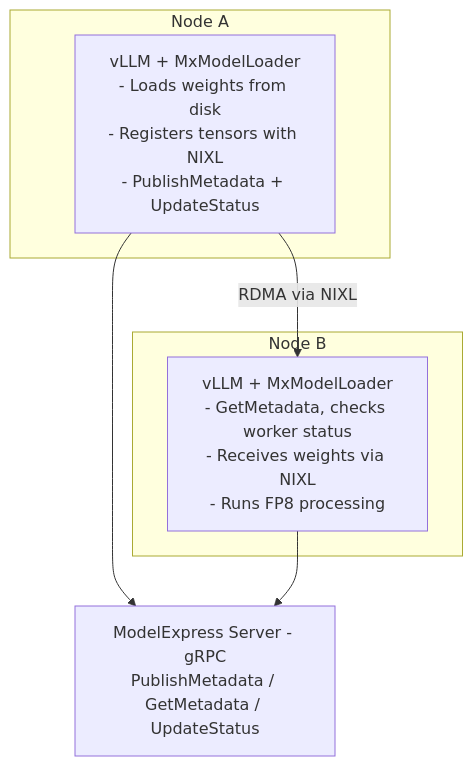
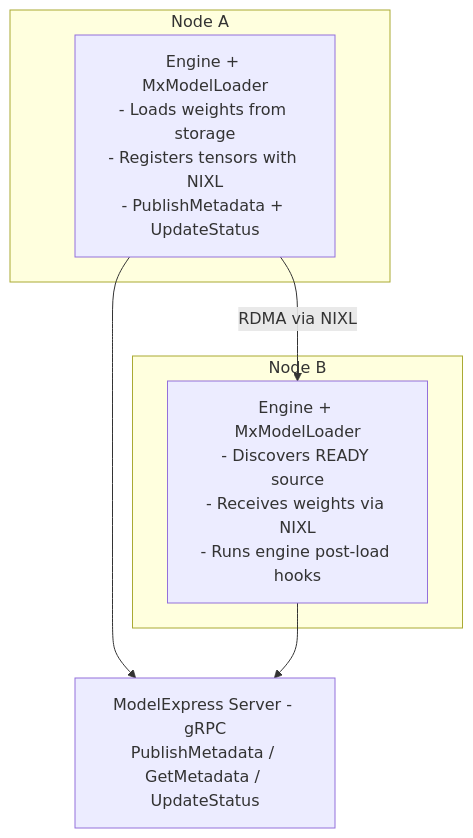
The diagram in examples/p2p_transfer_k8s/README.md (ai-dynamo/modelexpress), drawn with Mermaid before and after one commit. The commit also changed other lines of this file and 10 other files, not shown here.

````diff
--- a/examples/p2p_transfer_k8s/README.md
+++ b/examples/p2p_transfer_k8s/README.md
@@ -7,13 +7,13 @@
 ```mermaid
 graph TD
     subgraph "Node A"
-        A[vLLM + MxModelLoader<br/>- Loads weights from disk<br/>- Registers tensors with NIXL<br/>- PublishMetadata + UpdateStatus]
+        A[Engine + MxModelLoader<br/>- Loads weights from storage<br/>- Registers tensors with NIXL<br/>- PublishMetadata + UpdateStatus]
     end
     subgraph "Node B"
-        B[vLLM + MxModelLoader<br/>- GetMetadata, checks worker status<br/>- Receives weights via NIXL<br/>- Runs FP8 processing]
+        B[Engine + MxModelLoader<br/>- Discovers READY source<br/>- Receives weights via NIXL<br/>- Runs engine post-load hooks]
     end
     A -- "RDMA via NIXL" --> B
     A --> S
     B --> S
     S[ModelExpress Server - gRPC<br/>PublishMetadata / GetMetadata / UpdateStatus]
 ```
````
